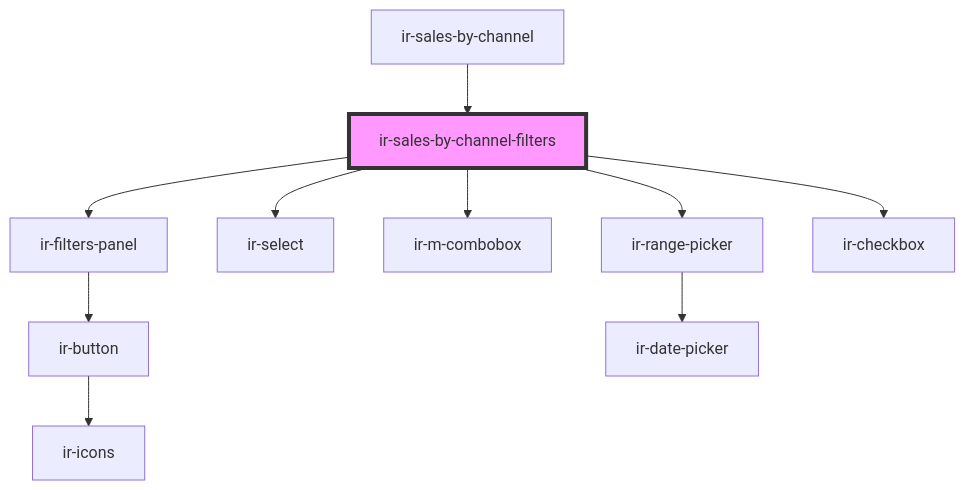
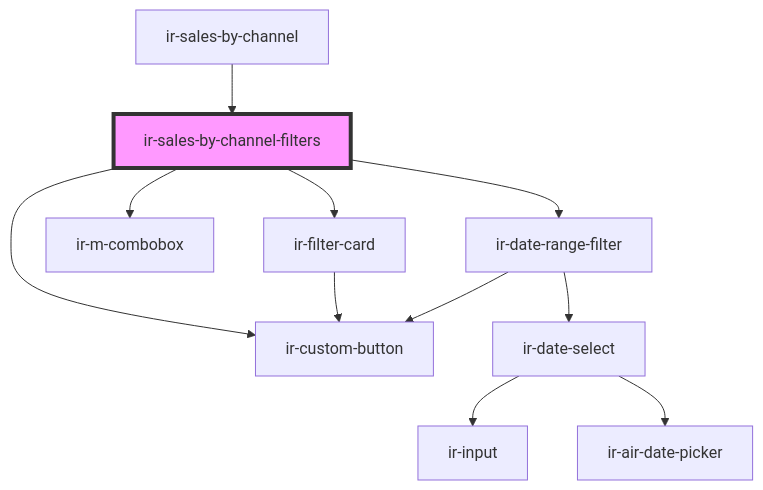
The diagram in src/components/ir-sales-by-channel/ir-sales-by-channel-filters/readme.md (RonyRizk/ir-webcmp), drawn with Mermaid before and after one commit. The commit also changed other lines of this file and 508 other files, not shown here.

````diff
--- a/src/components/ir-sales-by-channel/ir-sales-by-channel-filters/readme.md
+++ b/src/components/ir-sales-by-channel/ir-sales-by-channel-filters/readme.md
@@ -39,13 +38,14 @@
 ```mermaid
 graph TD;
-  ir-sales-by-channel-filters --> ir-filters-panel
-  ir-sales-by-channel-filters --> ir-select
+  ir-sales-by-channel-filters --> ir-filter-card
   ir-sales-by-channel-filters --> ir-m-combobox
-  ir-sales-by-channel-filters --> ir-range-picker
-  ir-sales-by-channel-filters --> ir-checkbox
-  ir-filters-panel --> ir-button
-  ir-button --> ir-icons
-  ir-range-picker --> ir-date-picker
+  ir-sales-by-channel-filters --> ir-date-range-filter
+  ir-sales-by-channel-filters --> ir-custom-button
+  ir-filter-card --> ir-custom-button
+  ir-date-range-filter --> ir-date-select
+  ir-date-range-filter --> ir-custom-button
+  ir-date-select --> ir-input
+  ir-date-select --> ir-air-date-picker
   ir-sales-by-channel --> ir-sales-by-channel-filters
   style ir-sales-by-channel-filters fill:#f9f,stroke:#333,stroke-width:4px
 ```
````
